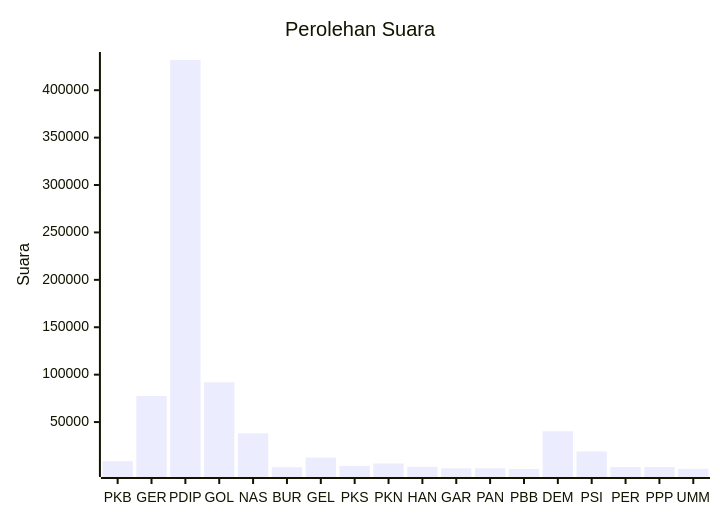
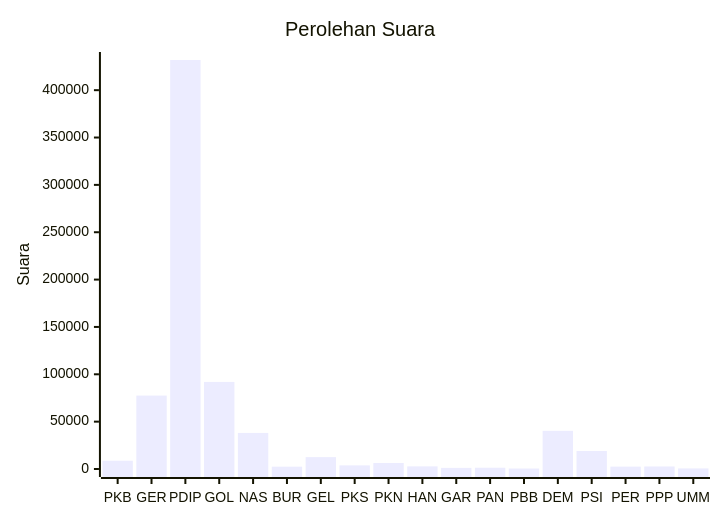
The diagram in pileg-dpr/hitung-suara/sub/table-wilayah-51.md (gigit-pemilu/pemilu-2024), drawn with Mermaid before and after one commit. The commit also changed 57 other files, not shown here.

````diff
--- a/pileg-dpr/hitung-suara/sub/table-wilayah-51.md
+++ b/pileg-dpr/hitung-suara/sub/table-wilayah-51.md
@@ -7,7 +7,7 @@
 ```mermaid
 xychart-beta
     title "Perolehan Suara"
     x-axis [PKB, GER, PDIP, GOL, NAS, BUR, GEL, PKS, PKN, HAN, GAR, PAN, PBB, DEM, PSI, PER, PPP, UMM]
-    y-axis "Suara"
+    y-axis "Suara" 0 --> 431860
     bar [8756, 77534, 431860, 91931, 38076, 2440, 12538, 3800, 6303, 2745, 1186, 1325, 497, 40310, 19053, 2528, 2649, 604]
 ```
````
